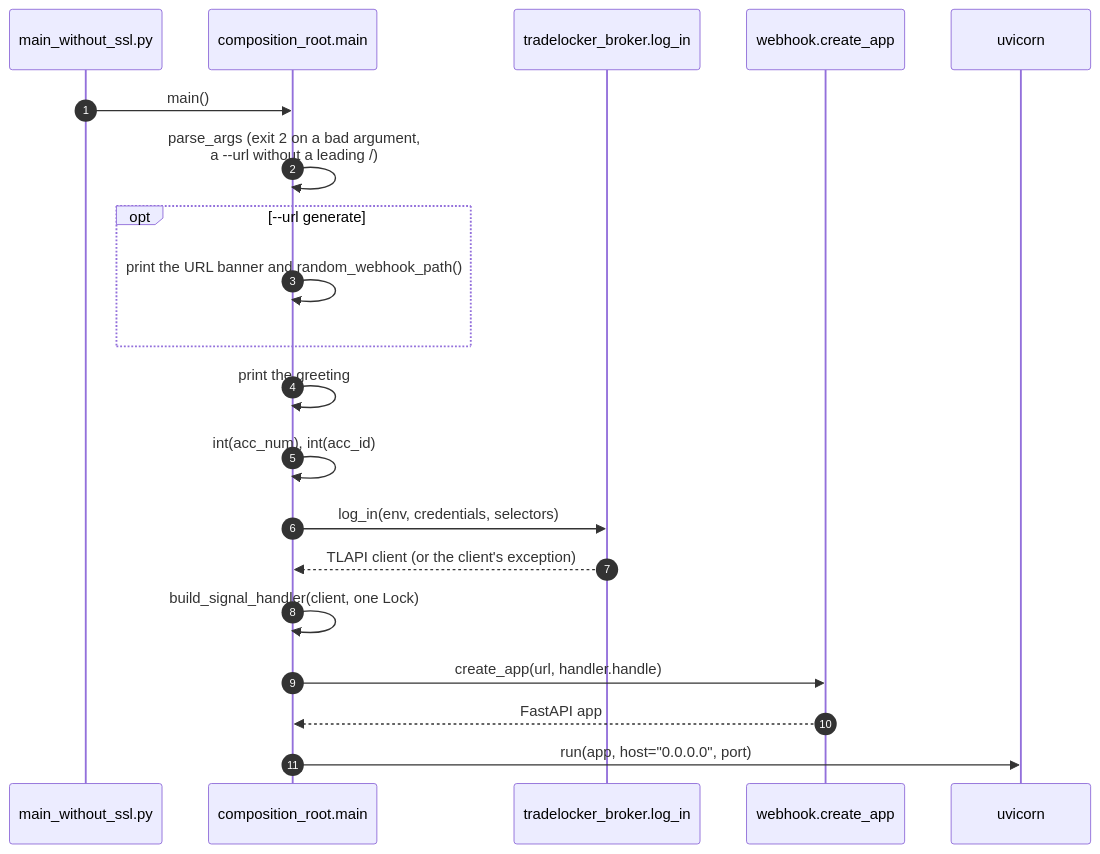
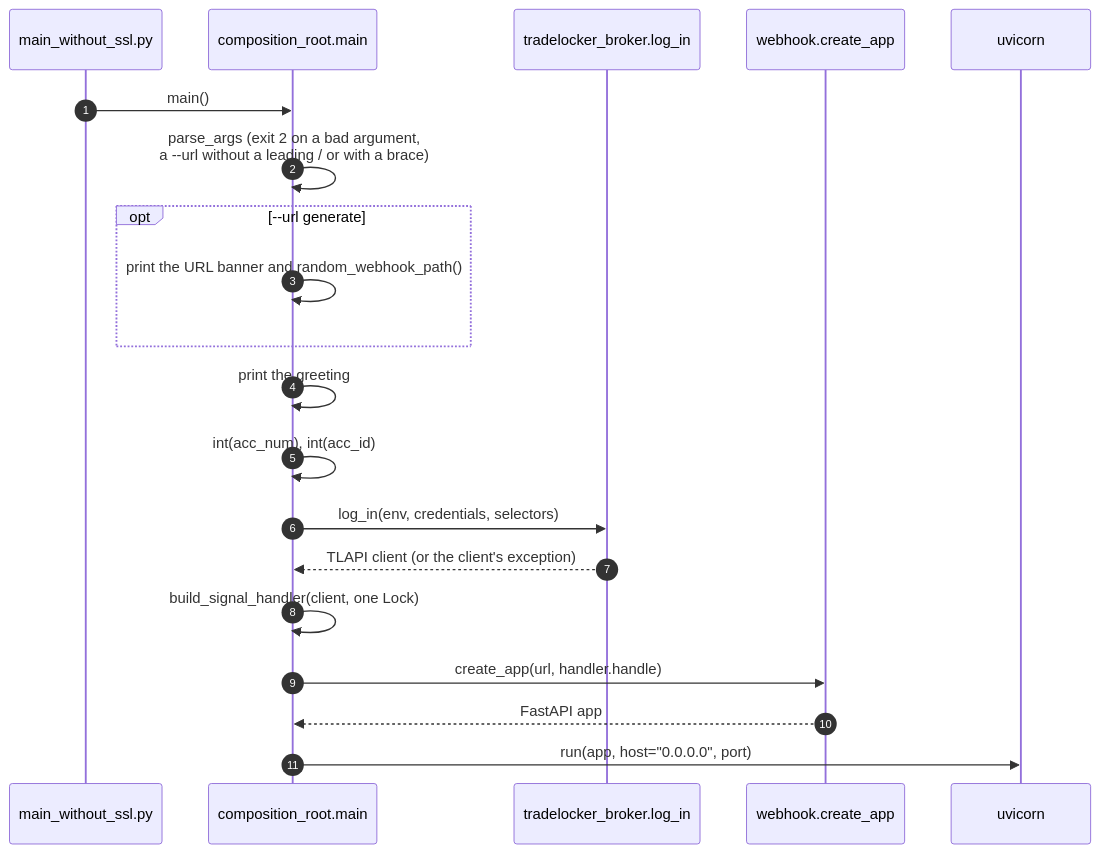
One commit to Akinzou/TradeLockerBot changed the second of 6 diagrams in docs/architecture.md. Above: the diagram before and after it, drawn with Mermaid. The commit also changed other lines of this file and 7 other files, not shown here.

````diff
--- a/docs/architecture.md
+++ b/docs/architecture.md
@@ -93,22 +93,22 @@
 ```mermaid
 sequenceDiagram
     autonumber
     participant EP as main_without_ssl.py
     participant CR as composition_root.main
     participant TB as tradelocker_broker.log_in
     participant WH as webhook.create_app
     participant U as uvicorn
     EP->>CR: main()
-    CR->>CR: parse_args (exit 2 on a bad argument,<br/>a --url without a leading /)
+    CR->>CR: parse_args (exit 2 on a bad argument,<br/>a --url without a leading / or with a brace)
     opt --url generate
         CR->>CR: print the URL banner and random_webhook_path()
     end
     CR->>CR: print the greeting
     CR->>CR: int(acc_num), int(acc_id)
     CR->>TB: log_in(env, credentials, selectors)
     TB-->>CR: TLAPI client (or the client's exception)
     CR->>CR: build_signal_handler(client, one Lock)
     CR->>WH: create_app(url, handler.handle)
     WH-->>CR: FastAPI app
     CR->>U: run(app, host="0.0.0.0", port)
 ```
````
